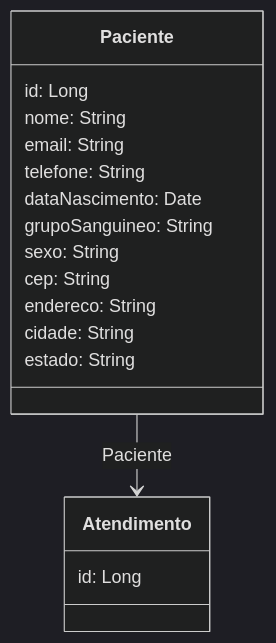
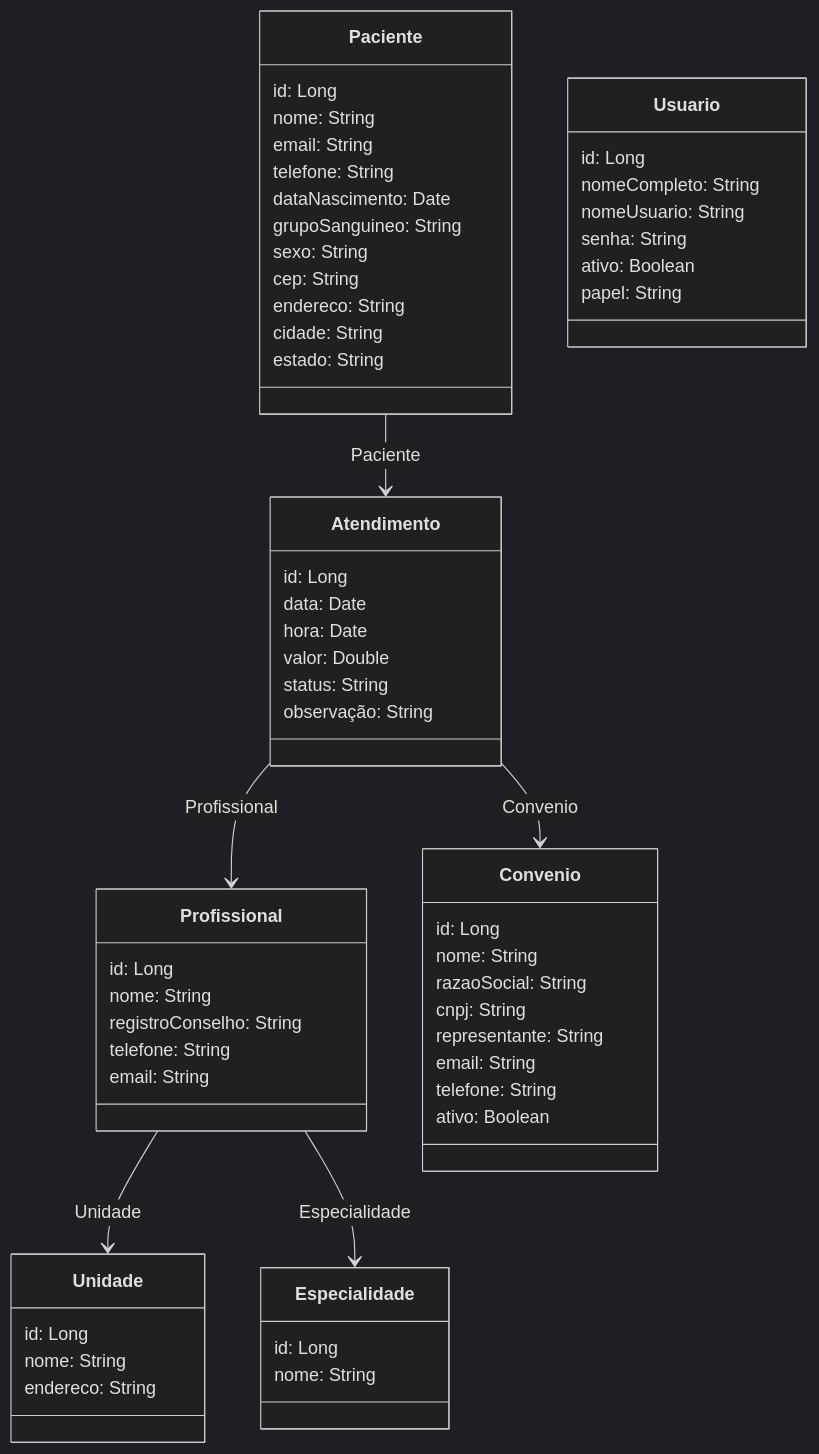
The diagram in DiagaramClassClinica.mmd (Hela-Carvalho/Fundamentos-De-Programa-o-Back-End), drawn with Mermaid (dark theme) before and after one commit.

Commit message:
Atividade diagrama

```diff
--- a/DiagaramClassClinica.mmd
+++ b/DiagaramClassClinica.mmd
@@ -1,21 +1,69 @@
 classDiagram
 
 class Paciente {
 id: Long
 nome: String
 email: String
 telefone: String
 dataNascimento: Date
 grupoSanguineo: String
 sexo: String
 cep: String
 endereco: String
 cidade: String
 estado: String
 }
 
 class Atendimento {
 id: Long
+data: Date
+hora: Date
+valor: Double
+status: String
+observação: String
+}
+
+class Profissional {
+id: Long
+nome: String
+registroConselho: String
+telefone: String
+email: String
+}
+
+class Usuario {
+id: Long
+nomeCompleto: String
+nomeUsuario: String
+senha: String
+ativo: Boolean
+papel: String
+}
+
+class Convenio {
+id: Long
+nome: String
+razaoSocial: String
+cnpj: String
+representante: String
+email: String
+telefone: String
+ativo: Boolean
+}
+
+class Unidade {
+id: Long
+nome: String
+endereco: String
+}
+
+class Especialidade {
+id: Long
+nome: String
 }
 
 Paciente --> Atendimento : Paciente
+Atendimento --> Convenio : Convenio
+Atendimento --> Profissional : Profissional
+Profissional --> Unidade : Unidade
+Profissional --> Especialidade : Especialidade
```
